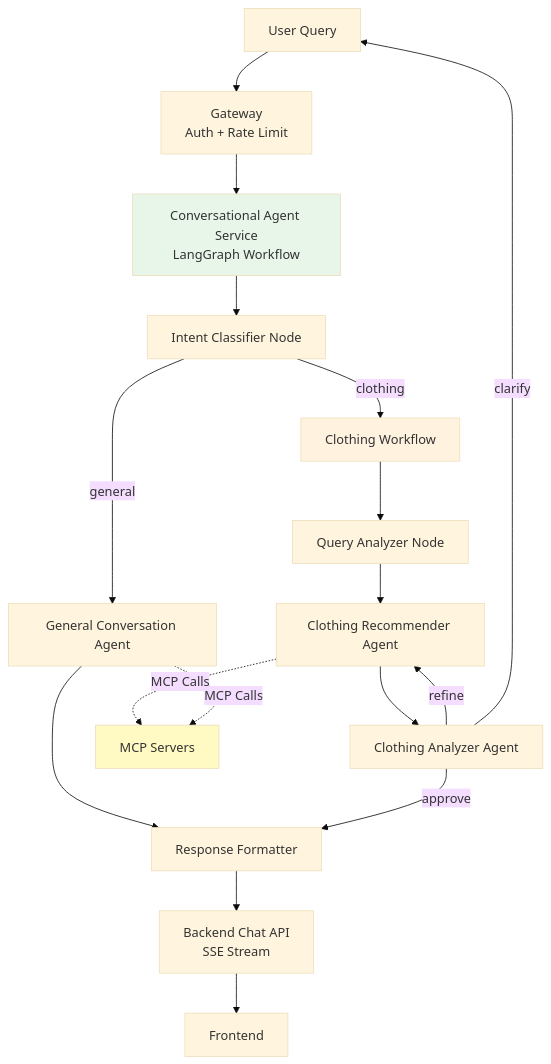
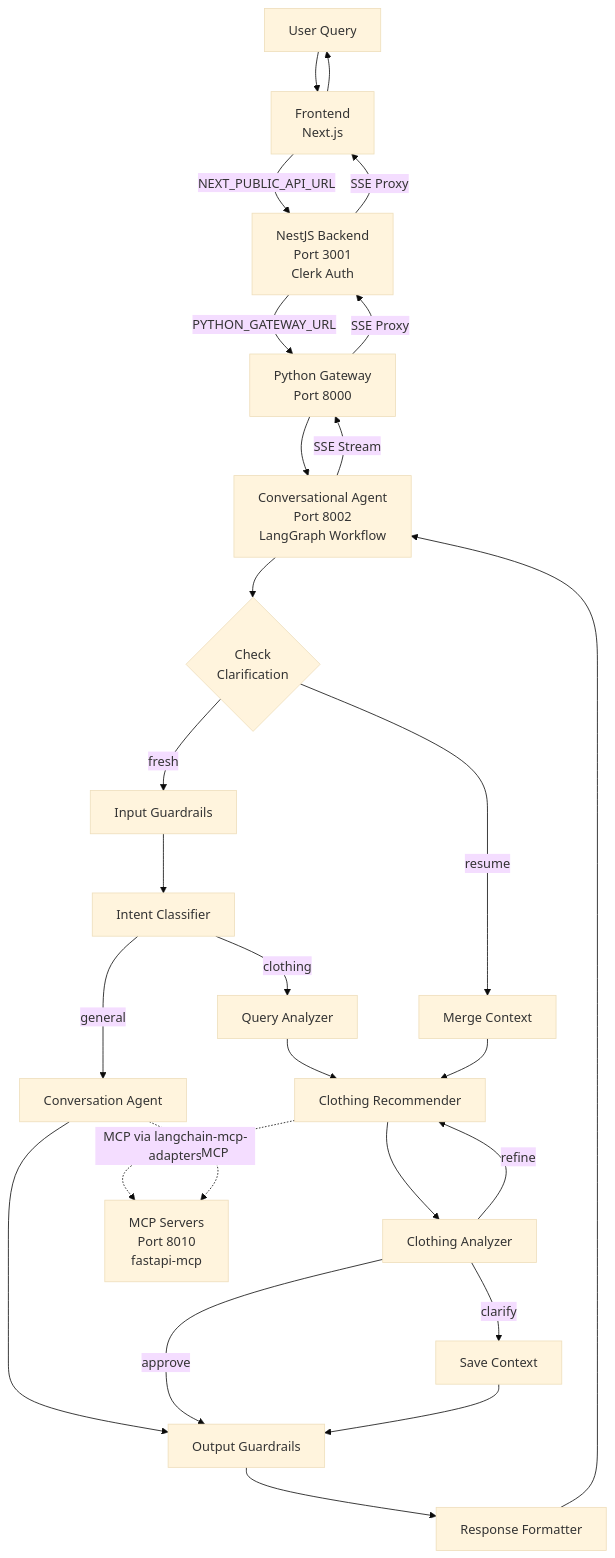
Before and after one commit to brscn2/aesthetiq: the first of 2 diagrams in python_engine/docs/MULTI_AGENT_PLAN.md, drawn with Mermaid (base theme). The commit also changed other lines of this file and 2 other files, not shown here.

````diff
--- a/python_engine/docs/MULTI_AGENT_PLAN.md
+++ b/python_engine/docs/MULTI_AGENT_PLAN.md
@@ -49,28 +49,35 @@
 ```mermaid
 graph TB
-    User[User Query] --> Gateway[Gateway<br/>Auth + Rate Limit]
-    Gateway --> CAS[Conversational Agent Service<br/>LangGraph Workflow]
+    User[User Query] --> Frontend[Frontend<br/>Next.js]
+    Frontend -->|NEXT_PUBLIC_API_URL| Backend[NestJS Backend<br/>Port 3001<br/>Clerk Auth]
+    Backend -->|PYTHON_GATEWAY_URL| Gateway[Python Gateway<br/>Port 8000]
+    Gateway --> CAS[Conversational Agent<br/>Port 8002<br/>LangGraph Workflow]
     
-    CAS --> IC[Intent Classifier Node]
-    IC -->|general| GCA[General Conversation Agent]
-    IC -->|clothing| CWF[Clothing Workflow]
+    CAS --> CheckClarify{Check<br/>Clarification}
+    CheckClarify -->|fresh| IG[Input Guardrails]
+    CheckClarify -->|resume| Merge[Merge Context]
     
-    GCA --> RF[Response Formatter]
+    IG --> IC[Intent Classifier]
+    IC -->|general| GCA[Conversation Agent]
+    IC -->|clothing| QA[Query Analyzer]
     
-    CWF --> QA[Query Analyzer Node]
-    QA --> CRA[Clothing Recommender Agent]
-    CRA --> CAA[Clothing Analyzer Agent]
-    CAA -->|approve| RF
+    GCA --> OG[Output Guardrails]
+    
+    QA --> CRA[Clothing Recommender]
+    Merge --> CRA
+    CRA --> CAA[Clothing Analyzer]
+    CAA -->|approve| OG
     CAA -->|refine| CRA
-    CAA -->|clarify| User
+    CAA -->|clarify| SaveCtx[Save Context]
+    SaveCtx --> OG
     
-    RF --> Backend[Backend Chat API<br/>SSE Stream]
-    Backend --> Frontend[Frontend]
+    OG --> RF[Response Formatter]
+    RF --> CAS
+    CAS -->|SSE Stream| Gateway
+    Gateway -->|SSE Proxy| Backend
+    Backend -->|SSE Proxy| Frontend
+    Frontend --> User
     
-    CRA -.->|MCP Calls| MCP[MCP Servers]
-    GCA -.->|MCP Calls| MCP
-    
-    style CAS fill:#e8f5e9
-    style CWF fill:#fff3e0
-    style MCP fill:#fff9c4
+    CRA -.->|MCP via langchain-mcp-adapters| MCP[MCP Servers<br/>Port 8010<br/>fastapi-mcp]
+    GCA -.->|MCP| MCP
 ```
````
